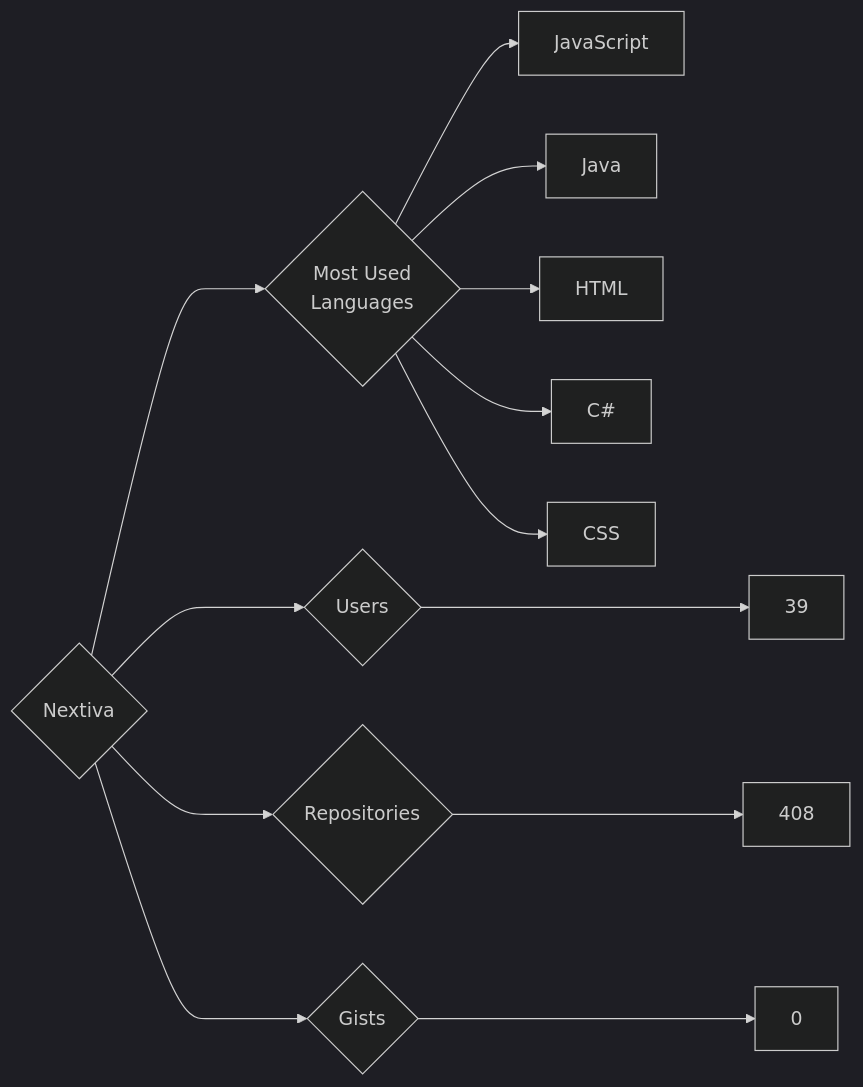
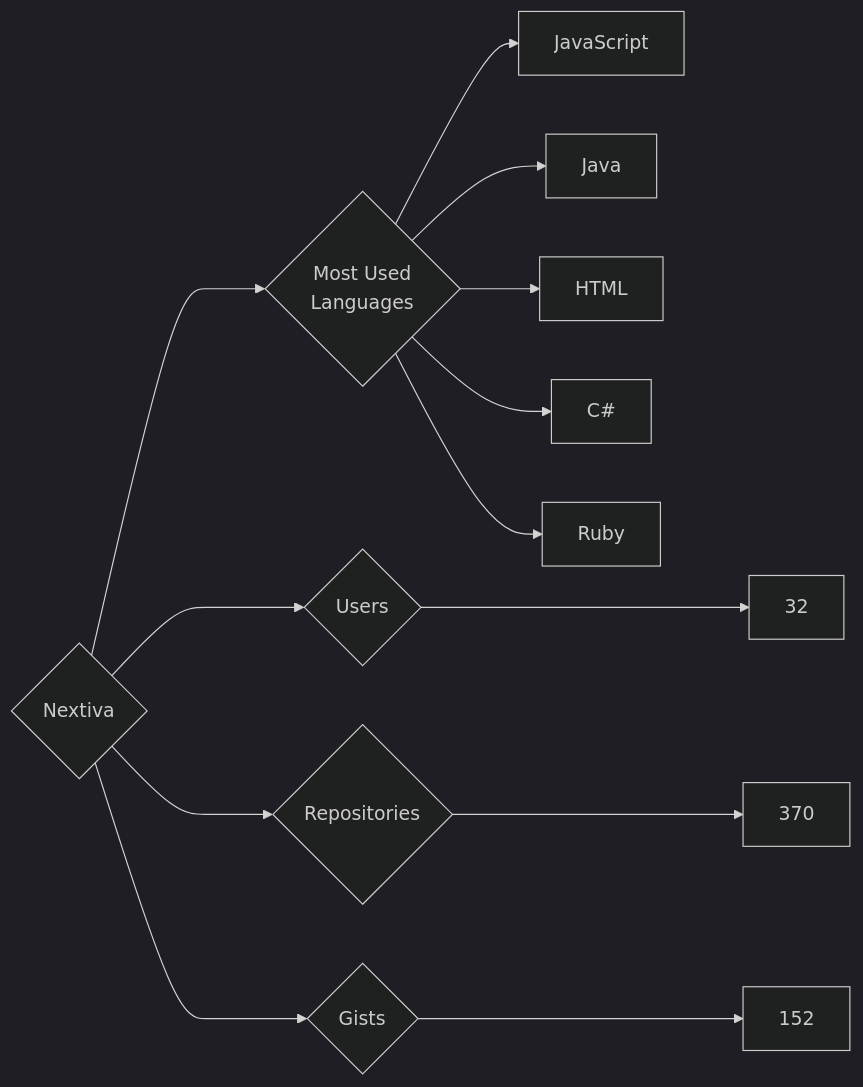
The diagram in targets/Nextiva/README.md (trickest/insiders), drawn with Mermaid (dark theme) before and after one commit. The commit also changed 997 other files, not shown here.

````diff
--- a/targets/Nextiva/README.md
+++ b/targets/Nextiva/README.md
@@ -3,13 +3,13 @@
 ```mermaid
 graph LR
 COMPANY_NAME{Nextiva}
-COMPANY_NAME ---> U{Users} ---> UN[39]
-COMPANY_NAME ---> R{Repositories} ---> RN[408]
-COMPANY_NAME ---> G{Gists} ---> GN[0]
+COMPANY_NAME ---> U{Users} ---> UN[32]
+COMPANY_NAME ---> R{Repositories} ---> RN[370]
+COMPANY_NAME ---> G{Gists} ---> GN[152]
 COMPANY_NAME ---> ML{Most Used<br>Languages}
-ML --> JavaScript
-ML --> Java
-ML --> HTML
-ML --> C#
-ML --> CSS
+ML --> JavaScript[JavaScript]
+ML --> Java[Java]
+ML --> HTML[HTML]
+ML --> C#[C#]
+ML --> Ruby[Ruby]
 ```
````
